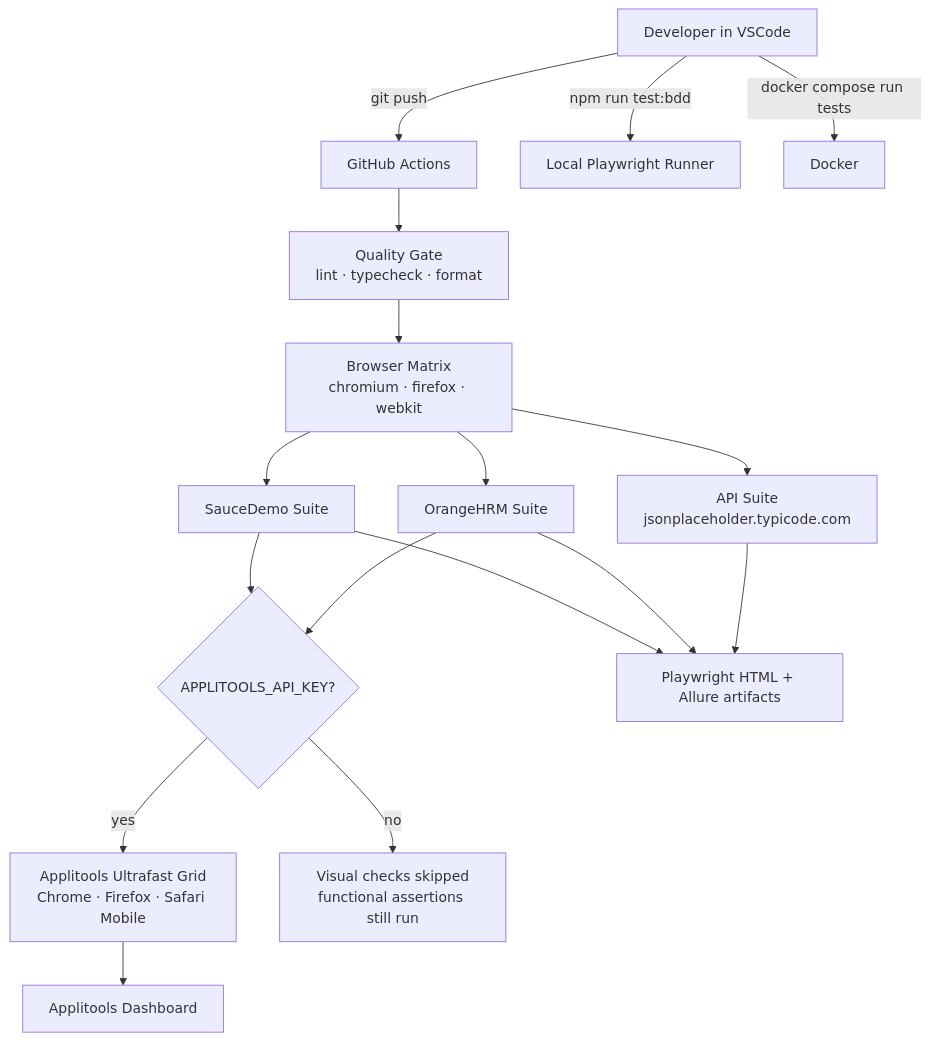
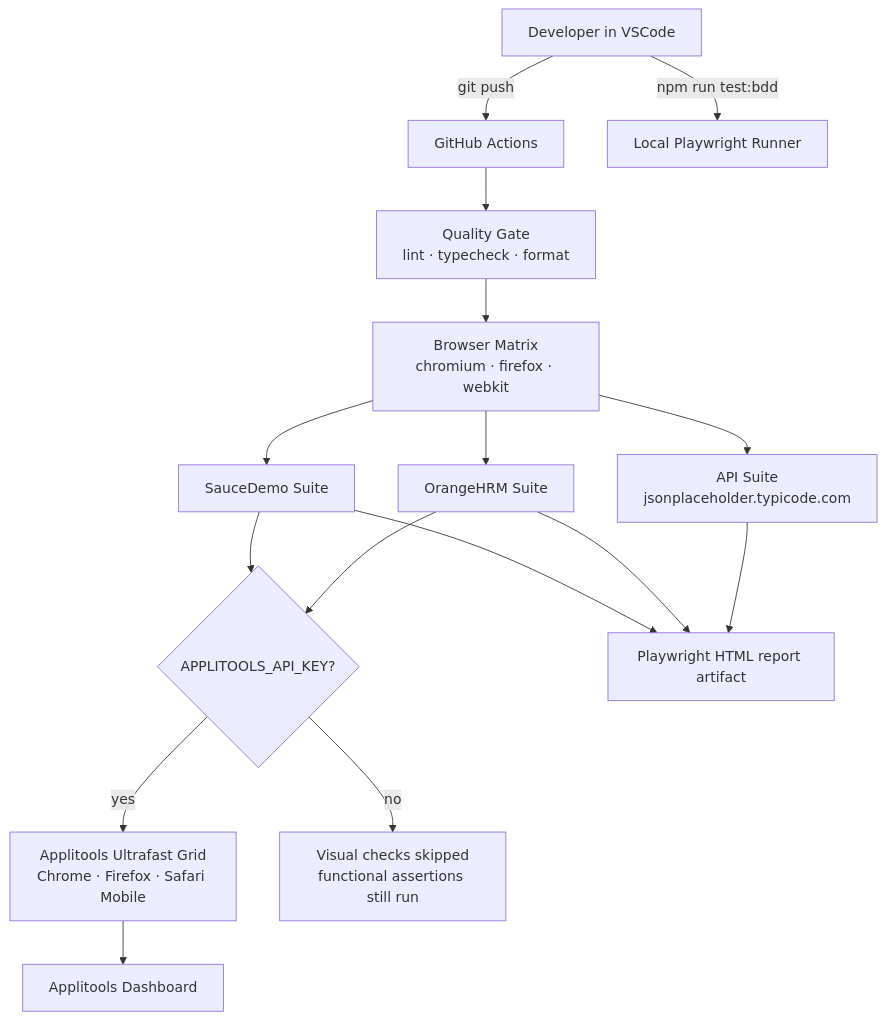
The first of 2 diagrams in README.md (rashmieravichandran06121989/qa-ai-automation-framework), drawn with Mermaid before and after one commit. The commit also changed other lines of this file and 1247 other files, not shown here.

````diff
--- a/README.md
+++ b/README.md
@@ -30,24 +29,22 @@
 ```mermaid
 flowchart TD
     Dev[Developer in VSCode] -->|git push| GH[GitHub Actions]
     Dev -->|npm run test:bdd| Local[Local Playwright Runner]
-    Dev -->|docker compose run tests| Docker[Docker]
-
     GH --> Quality[Quality Gate<br/>lint · typecheck · format]
     Quality --> Matrix[Browser Matrix<br/>chromium · firefox · webkit]
 
     Matrix --> Sauce[SauceDemo Suite]
     Matrix --> Orange[OrangeHRM Suite]
     Matrix --> API[API Suite<br/>jsonplaceholder.typicode.com]
 
     Sauce --> Eyes{APPLITOOLS_API_KEY?}
     Orange --> Eyes
     Eyes -->|yes| Grid[Applitools Ultrafast Grid<br/>Chrome · Firefox · Safari Mobile]
     Eyes -->|no| Skip[Visual checks skipped<br/>functional assertions still run]
 
-    Sauce --> Report[Playwright HTML + Allure artifacts]
+    Sauce --> Report[Playwright HTML report artifact]
     Orange --> Report
     API --> Report
 
     Grid --> Dashboard[Applitools Dashboard]
 ```
````
